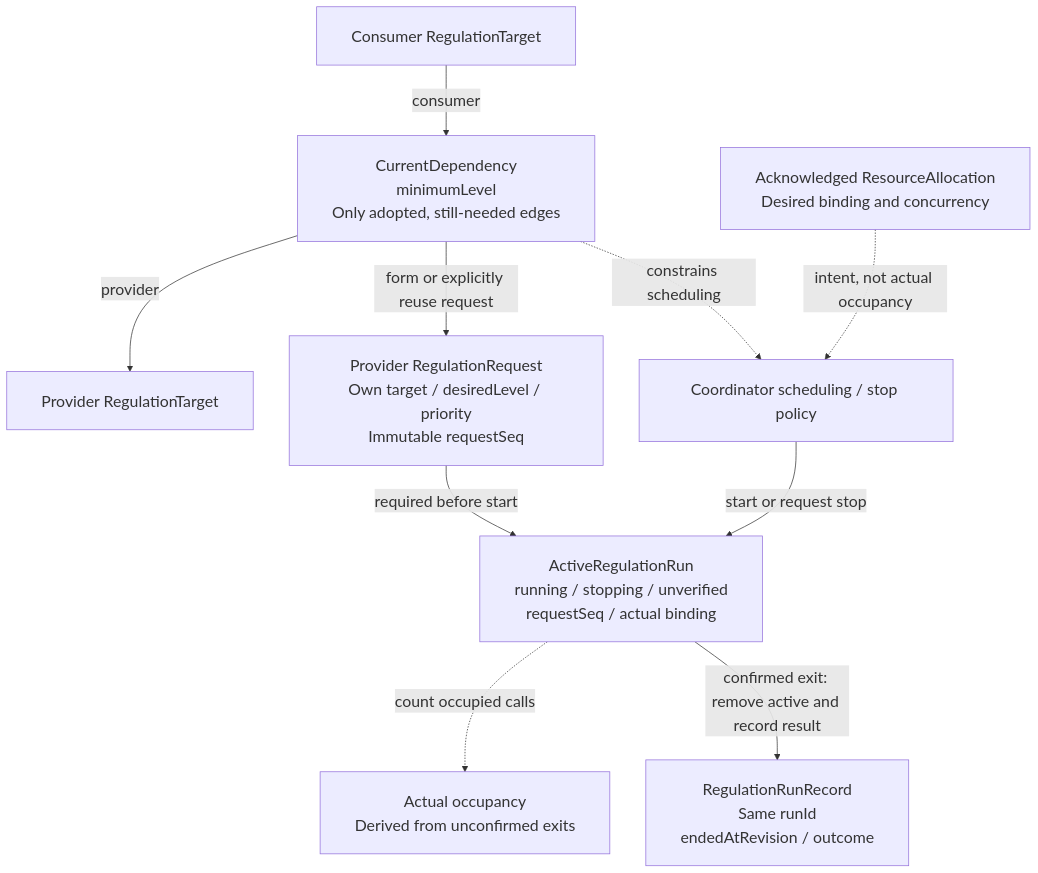
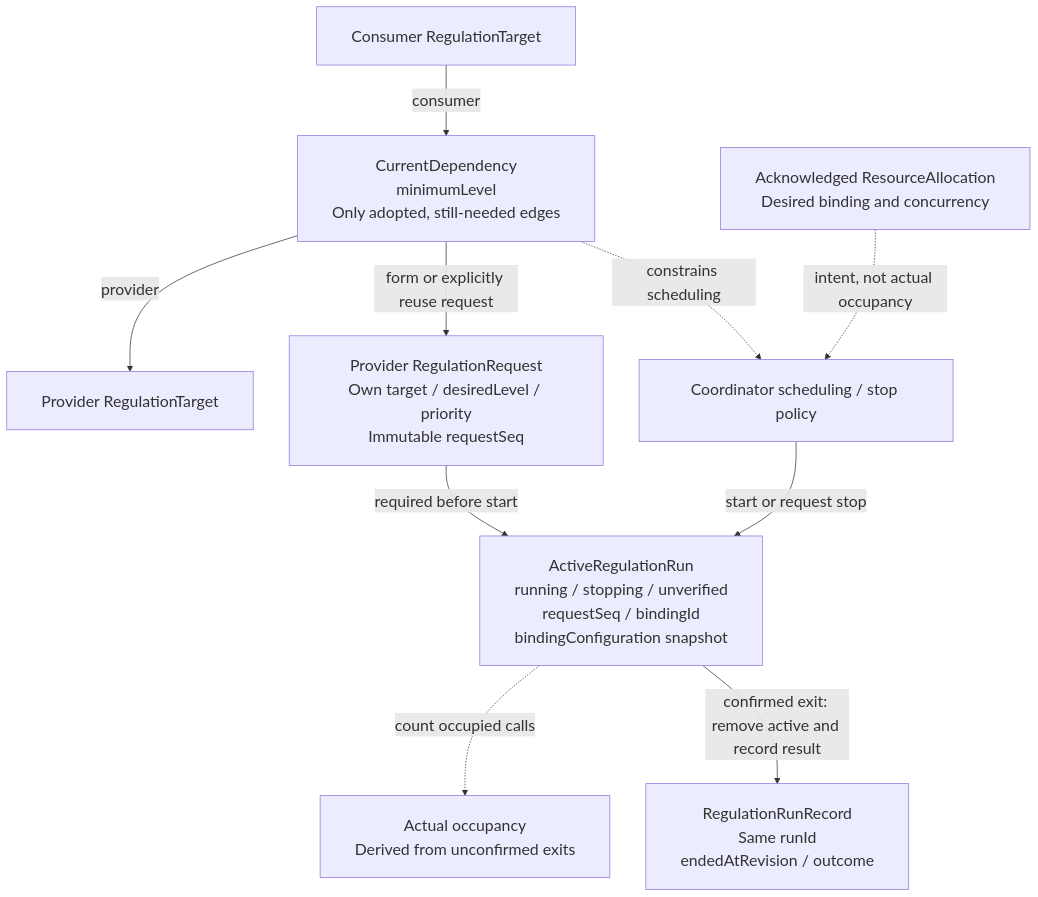
One commit to shazhou-ww/potential-guide changed the fourth of 5 diagrams in .silvermoon/ideas/01M5E7N9F5Y0ZN1SYKDFYEVA20/outer/inner/ideal/Diagrams.md. Above: the diagram before and after it, drawn with Mermaid. The commit also changed other lines of this file and 7 other files, not shown here.

````diff
--- a/.silvermoon/ideas/01M5E7N9F5Y0ZN1SYKDFYEVA20/outer/inner/ideal/Diagrams.md
+++ b/.silvermoon/ideas/01M5E7N9F5Y0ZN1SYKDFYEVA20/outer/inner/ideal/Diagrams.md
@@ -172,33 +185,33 @@
 ```mermaid
 ---
 config:
   fontFamily: Arial, Helvetica, sans-serif
   themeVariables:
     fontFamily: Arial, Helvetica, sans-serif
     fontSize: 22px
   flowchart:
     wrappingWidth: 340
     nodeSpacing: 50
     rankSpacing: 65
     padding: 24
 ---
 flowchart TB
     CONSUMER["Consumer RegulationTarget"]
     PROVIDER["Provider RegulationTarget"]
     DEP["CurrentDependency<br/>minimumLevel<br/>Only adopted, still-needed edges"]
     REQUEST["Provider RegulationRequest<br/>Own target / desiredLevel / priority<br/>Immutable requestSeq"]
-    ACTIVE["ActiveRegulationRun<br/>running / stopping / unverified<br/>requestSeq / actual binding"]
+    ACTIVE["ActiveRegulationRun<br/>running / stopping / unverified<br/>requestSeq / bindingId<br/>bindingConfiguration snapshot"]
     OCCUPANCY["Actual occupancy<br/>Derived from unconfirmed exits"]
     ENDED["RegulationRunRecord<br/>Same runId<br/>endedAtRevision / outcome"]
     RESOURCE["Acknowledged ResourceAllocation<br/>Desired binding and concurrency"]
     POLICY["Coordinator scheduling / stop policy"]
     CONSUMER -->|consumer| DEP
     DEP -->|provider| PROVIDER
     DEP -.->|constrains scheduling| POLICY
     DEP -->|form or explicitly reuse request| REQUEST
     REQUEST -->|required before start| ACTIVE
     RESOURCE -.->|intent, not actual occupancy| POLICY
     POLICY -->|start or request stop| ACTIVE
     ACTIVE -.->|count occupied calls| OCCUPANCY
     ACTIVE -->|confirmed exit: remove active and record result| ENDED
 ```
````
